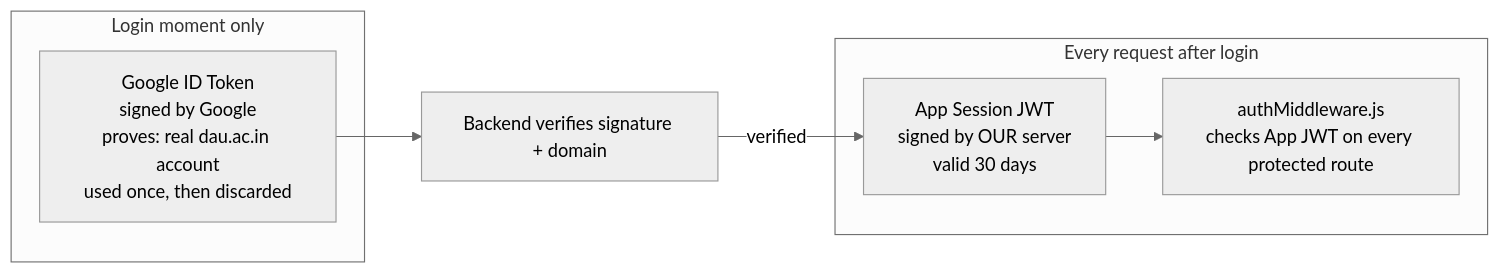
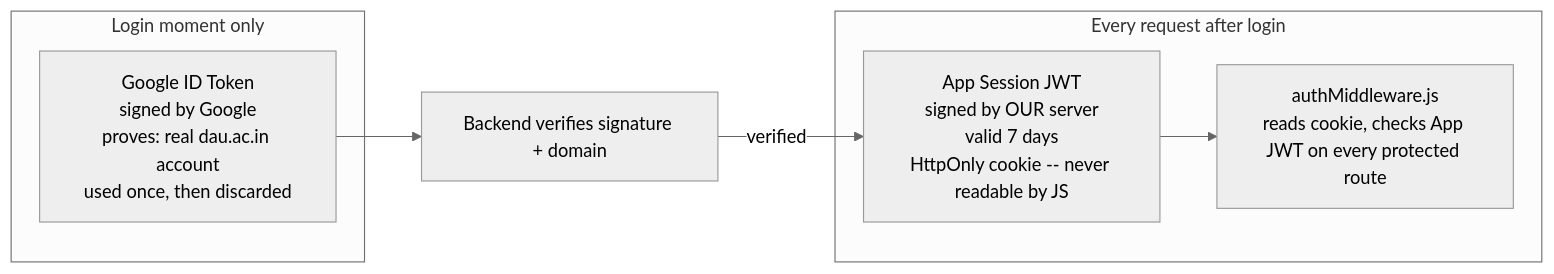
The second of 2 diagrams in OSP_OAuth_Implementation.md (VraJ-594/online_scholarship_portal), drawn with Mermaid (neutral theme) before and after one commit. The commit also changed other lines of this file and 28 other files, not shown here.

First line of the commit message:
Move auth session token from localStorage to an HttpOnly cookie

````diff
--- a/OSP_OAuth_Implementation.md
+++ b/OSP_OAuth_Implementation.md
@@ -156,11 +177,11 @@
 ```mermaid
 flowchart LR
     subgraph Login["Login moment only"]
         A["Google ID Token<br/>signed by Google<br/>proves: real dau.ac.in account<br/>used once, then discarded"]
     end
     A --> V["Backend verifies signature + domain"]
-    V -->|verified| C["App Session JWT<br/>signed by OUR server<br/>valid 30 days"]
+    V -->|verified| C["App Session JWT<br/>signed by OUR server<br/>valid 7 days<br/>HttpOnly cookie -- never readable by JS"]
     subgraph Every["Every request after login"]
-        C --> M["authMiddleware.js<br/>checks App JWT on every protected route"]
+        C --> M["authMiddleware.js<br/>reads cookie, checks App JWT on every protected route"]
     end
 ```
````
